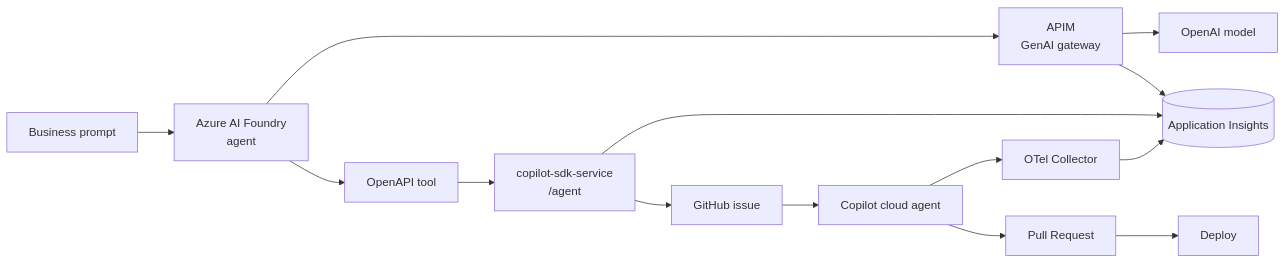
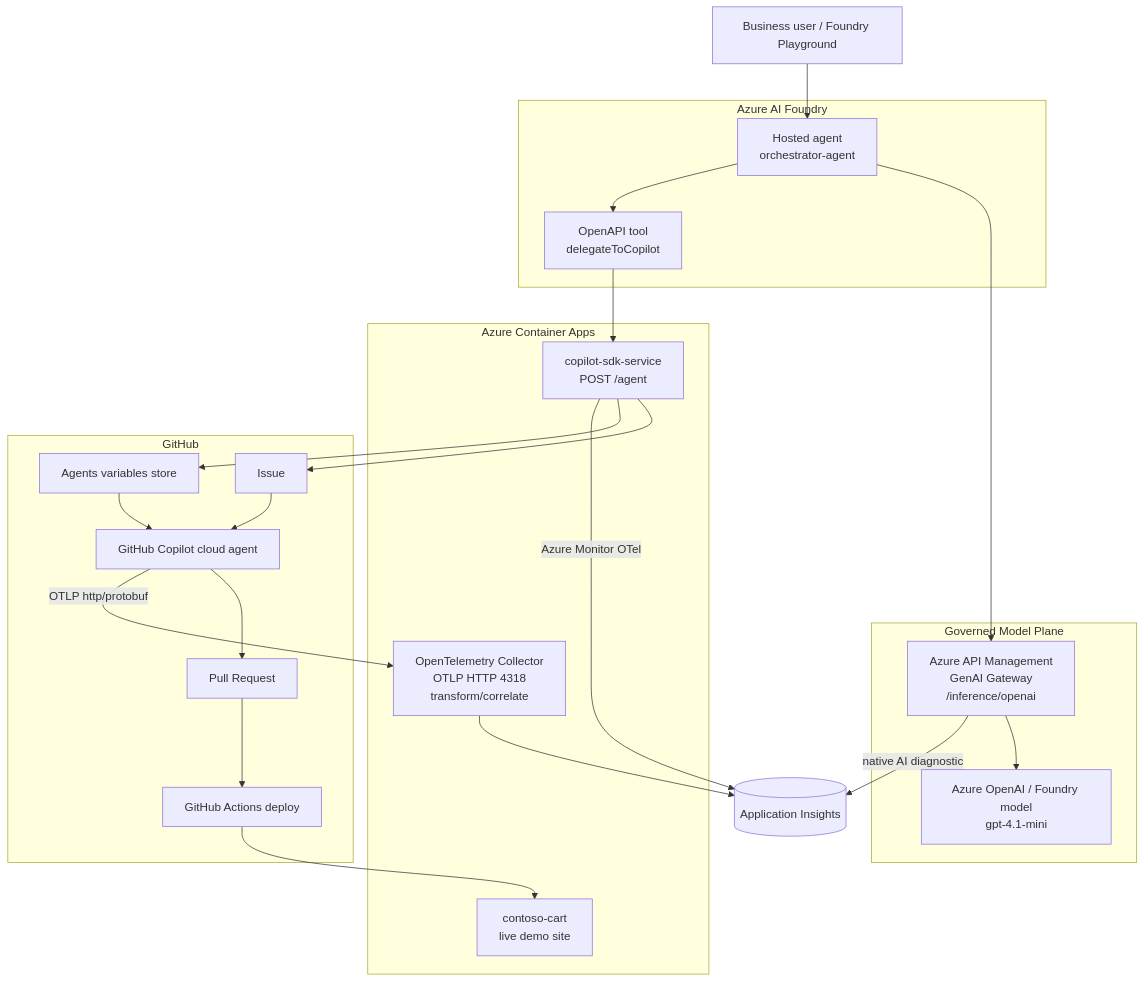
Before and after one commit to eduxfernandes05/agentic-sdlc-azure: the diagram in README.md, drawn with Mermaid. The commit also changed other lines of this file and 1 other file, not shown here.

Commit message:
README: replace AI banner with wow system-overview diagram

````diff
--- a/README.md
+++ b/README.md
@@ -74,10 +65,40 @@
 ```mermaid
-flowchart LR
-    U["Business prompt"] --> F["Azure AI Foundry<br/>agent"]
-    F --> A["APIM<br/>GenAI gateway"] --> M["OpenAI model"]
-    F --> T["OpenAPI tool"] --> API["copilot-sdk-service<br/>/agent"]
-    API --> I["GitHub issue"] --> C["Copilot cloud agent"] --> PR["Pull Request"] --> D["Deploy"]
-    A --> AI[("Application Insights")]
-    API --> AI
-    C --> OT["OTel Collector"] --> AI
+flowchart TB
+    User["Business user / Foundry Playground"]
+
+    subgraph Foundry["Azure AI Foundry"]
+        Agent["Hosted agent<br/>orchestrator-agent"]
+        Tool["OpenAPI tool<br/>delegateToCopilot"]
+    end
+
+    subgraph Gateway["Governed Model Plane"]
+        APIM["Azure API Management<br/>GenAI Gateway<br/>/inference/openai"]
+        Model["Azure OpenAI / Foundry model<br/>gpt-4.1-mini"]
+    end
+
+    subgraph Runtime["Azure Container Apps"]
+        API["copilot-sdk-service<br/>POST /agent"]
+        Collector["OpenTelemetry Collector<br/>OTLP HTTP 4318<br/>transform/correlate"]
+        Site["contoso-cart<br/>live demo site"]
+    end
+
+    subgraph GitHub["GitHub"]
+        Issue["Issue"]
+        Vars["Agents variables store"]
+        Cloud["GitHub Copilot cloud agent"]
+        PR["Pull Request"]
+        Actions["GitHub Actions deploy"]
+    end
+
+    AI[("Application Insights")]
+
+    User --> Agent
+    Agent --> APIM --> Model
+    Agent --> Tool --> API
+    API --> Issue --> Cloud --> PR --> Actions --> Site
+    API --> Vars --> Cloud
+
+    APIM -- "native AI diagnostic" --> AI
+    API -- "Azure Monitor OTel" --> AI
+    Cloud -- "OTLP http/protobuf" --> Collector --> AI
 ```
````
